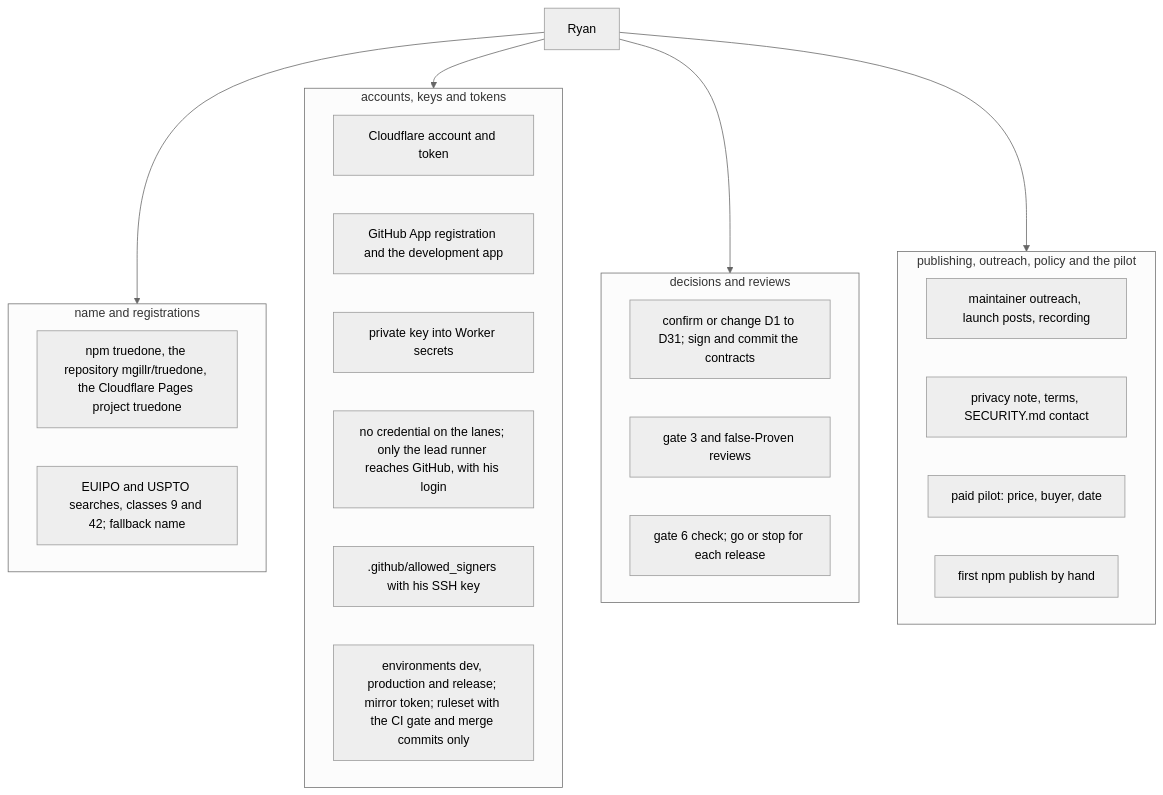
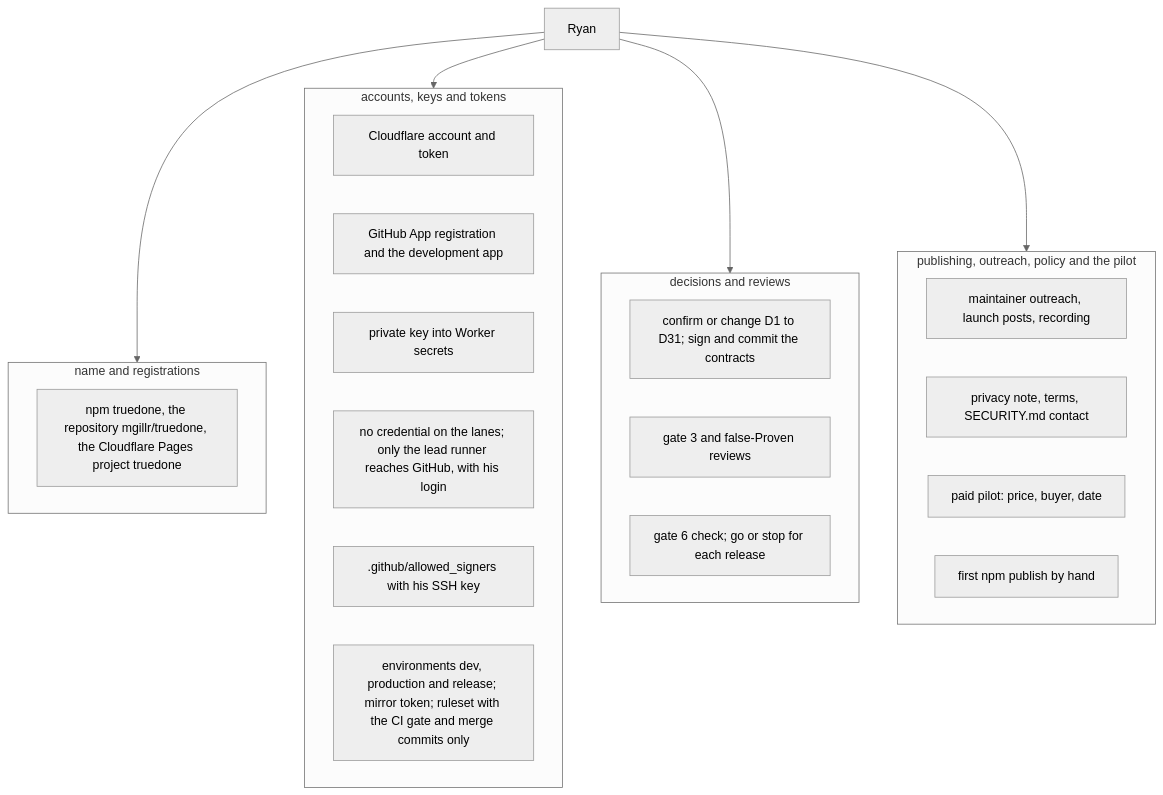
The second of 2 diagrams in docs/design/07-ryan-only.md (Truedone/truedone), drawn with Mermaid (neutral theme) before and after one commit. The commit also changed other lines of this file and 4 other files, not shown here.

````diff
--- a/docs/design/07-ryan-only.md
+++ b/docs/design/07-ryan-only.md
@@ -45,31 +45,30 @@
 ```mermaid
 flowchart TB
   RYAN["Ryan"]
   subgraph NAMES["name and registrations"]
     N1["npm truedone, the repository mgillr/truedone, the Cloudflare Pages project truedone"]
-    N2["EUIPO and USPTO searches, classes 9 and 42; fallback name"]
   end
   subgraph ACCESS["accounts, keys and tokens"]
     A1["Cloudflare account and token"]
     A2["GitHub App registration and the development app"]
     A3["private key into Worker secrets"]
     A4["no credential on the lanes; only the lead runner reaches GitHub, with his login"]
     A5[".github/allowed_signers with his SSH key"]
     A6["environments dev, production and release; mirror token; ruleset with the CI gate and merge commits only"]
   end
   subgraph DECIDE["decisions and reviews"]
     D1["confirm or change D1 to D31; sign and commit the contracts"]
     D2["gate 3 and false-Proven reviews"]
     D3["gate 6 check; go or stop for each release"]
   end
   subgraph OUTSIDE["publishing, outreach, policy and the pilot"]
     O1["maintainer outreach, launch posts, recording"]
     O2["privacy note, terms, SECURITY.md contact"]
     O3["paid pilot: price, buyer, date"]
     O4["first npm publish by hand"]
   end
   RYAN --> NAMES
   RYAN --> ACCESS
   RYAN --> DECIDE
   RYAN --> OUTSIDE
 ```
````
